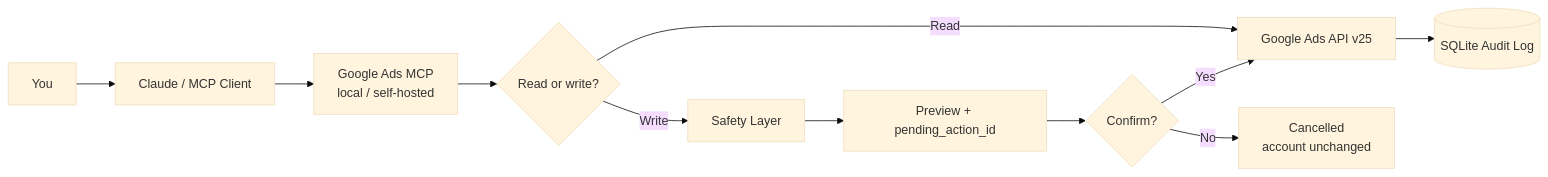
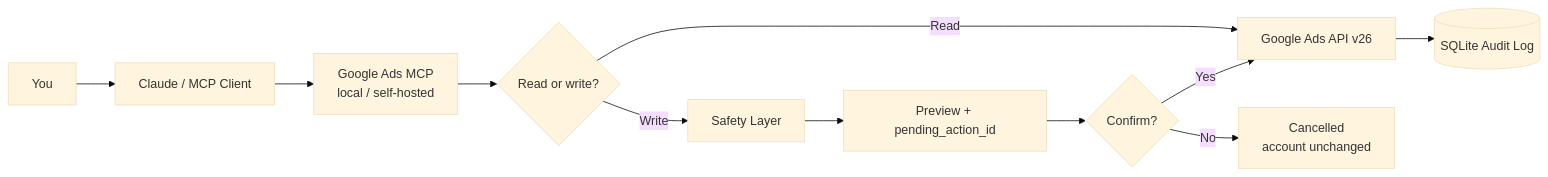
The diagram in README.en.md (akelaonline/MCP-Google-Ads), drawn with Mermaid (base theme) before and after one commit. The commit also changed other lines of this file and 30 other files, not shown here.

````diff
--- a/README.en.md
+++ b/README.en.md
@@ -90,13 +90,13 @@
 ```mermaid
 flowchart LR
     U[You] --> C[Claude / MCP Client]
     C --> M[Google Ads MCP\nlocal / self-hosted]
     M --> R{Read or write?}
-    R -->|Read| G[Google Ads API v25]
+    R -->|Read| G[Google Ads API v26]
     R -->|Write| S[Safety Layer]
     S --> P[Preview + pending_action_id]
     P --> H{Confirm?}
     H -->|No| X[Cancelled\naccount unchanged]
     H -->|Yes| G
     G --> A[(SQLite Audit Log)]
 ```
````
